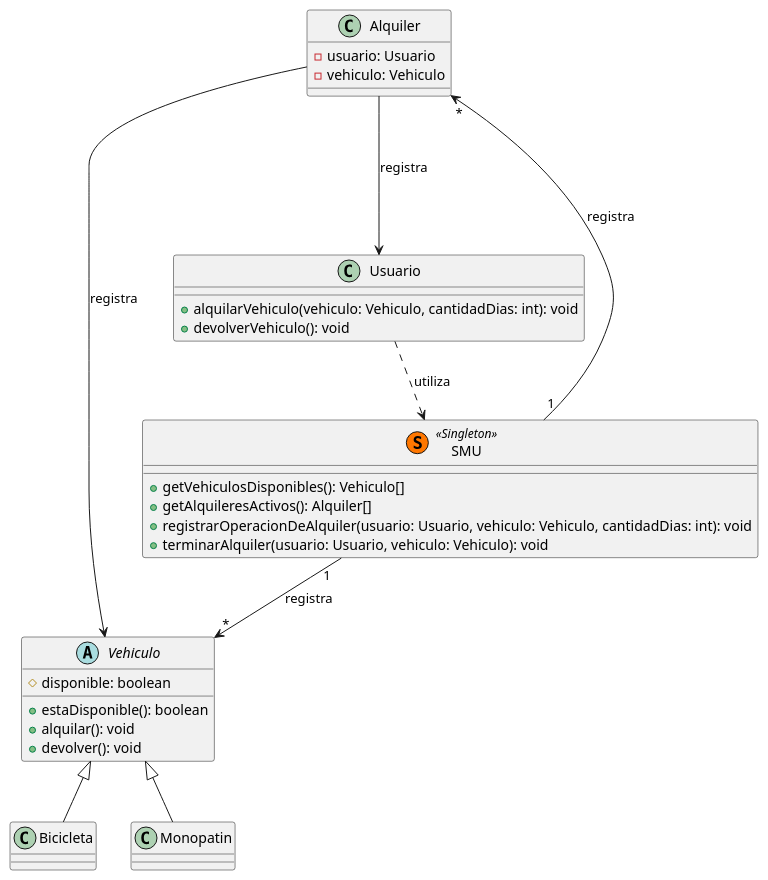
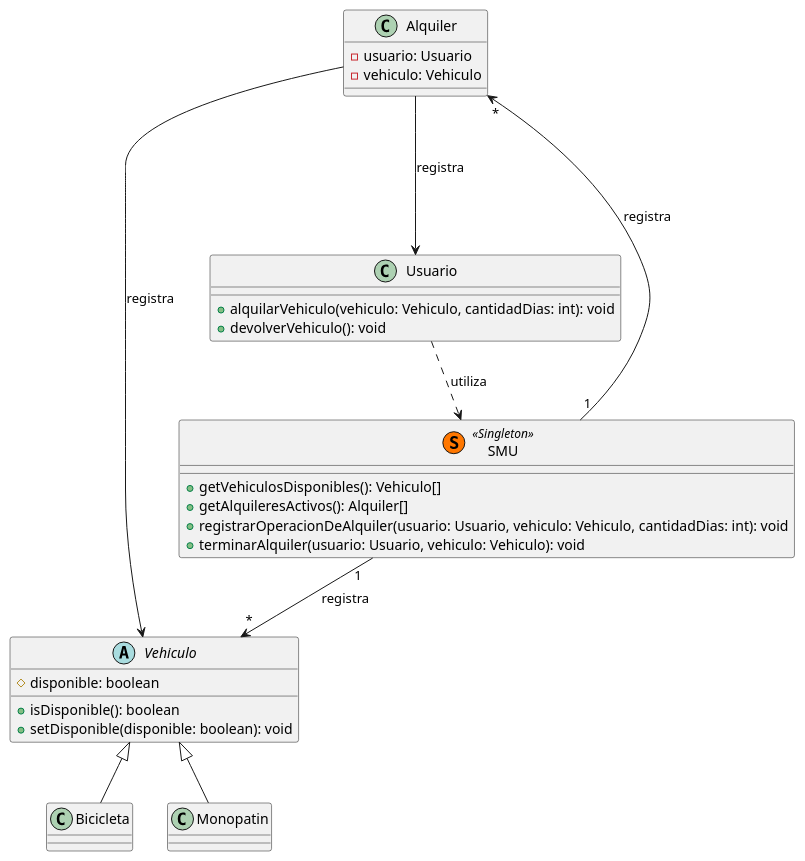
The diagram in uml/diagrama_clases.puml (unahur-obj2-2026c1/movilidad-urbana-CreadorSW), drawn with PlantUML before and after one commit. The commit also changed 1 other file, not shown here.

Commit message:
actualizar vehiculo uml

```diff
--- a/uml/diagrama_clases.puml
+++ b/uml/diagrama_clases.puml
@@ -1,43 +1,42 @@
 @startuml
 abstract class Vehiculo {
   #disponible: boolean
-  +estaDisponible(): boolean
-  +alquilar(): void
-  +devolver(): void
+  +isDisponible(): boolean
+  +setDisponible(disponible: boolean): void
 }
 
 class Bicicleta extends Vehiculo {
 }
 
 class Monopatin extends Vehiculo {
 }
 
 class Usuario {
 
     +alquilarVehiculo(vehiculo: Vehiculo, cantidadDias: int): void
     +devolverVehiculo(): void
 
 }
 
 class Alquiler {
     -usuario: Usuario
     -vehiculo: Vehiculo
 
 }
 
 class SMU << (S,#FF7700) Singleton >> {
     +getVehiculosDisponibles(): Vehiculo[]
     +getAlquileresActivos(): Alquiler[]
     +registrarOperacionDeAlquiler(usuario: Usuario, vehiculo: Vehiculo, cantidadDias: int): void
     +terminarAlquiler(usuario: Usuario, vehiculo: Vehiculo): void
 
 }
 
 '=== RELACIONES ==='
 SMU "1" --> "*" Alquiler : registra
 SMU "1" --> "*" Vehiculo : registra
 Alquiler ---> Usuario : registra
 Alquiler ---> Vehiculo : registra
 Usuario ..> SMU : utiliza
 
 @enduml
```
